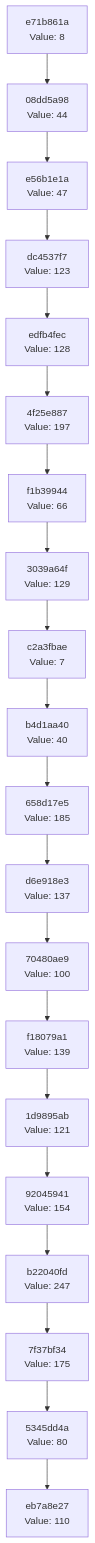
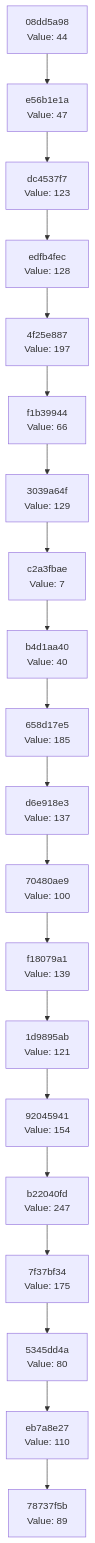
The diagram in docs/CHAIN_VISUALIZATION.md (Abhisheksinha1506/hash-chain-evolver), drawn with Mermaid before and after one commit. The commit also changed 2 other files, not shown here.

Commit message:
Evolution step: hash 0x59 → action executed

````diff
--- a/docs/CHAIN_VISUALIZATION.md
+++ b/docs/CHAIN_VISUALIZATION.md
@@ -3,42 +3,42 @@
 ```mermaid
 graph TD
-    C0["eb7a8e27<br/>Value: 110"]
-    C1["5345dd4a<br/>Value: 80"]
+    C0["78737f5b<br/>Value: 89"]
+    C1["eb7a8e27<br/>Value: 110"]
     C1 --> C0
-    C2["7f37bf34<br/>Value: 175"]
+    C2["5345dd4a<br/>Value: 80"]
     C2 --> C1
-    C3["b22040fd<br/>Value: 247"]
+    C3["7f37bf34<br/>Value: 175"]
     C3 --> C2
-    C4["92045941<br/>Value: 154"]
+    C4["b22040fd<br/>Value: 247"]
     C4 --> C3
-    C5["1d9895ab<br/>Value: 121"]
+    C5["92045941<br/>Value: 154"]
     C5 --> C4
-    C6["f18079a1<br/>Value: 139"]
+    C6["1d9895ab<br/>Value: 121"]
     C6 --> C5
-    C7["70480ae9<br/>Value: 100"]
+    C7["f18079a1<br/>Value: 139"]
     C7 --> C6
-    C8["d6e918e3<br/>Value: 137"]
+    C8["70480ae9<br/>Value: 100"]
     C8 --> C7
-    C9["658d17e5<br/>Value: 185"]
+    C9["d6e918e3<br/>Value: 137"]
     C9 --> C8
-    C10["b4d1aa40<br/>Value: 40"]
+    C10["658d17e5<br/>Value: 185"]
     C10 --> C9
-    C11["c2a3fbae<br/>Value: 7"]
+    C11["b4d1aa40<br/>Value: 40"]
     C11 --> C10
-    C12["3039a64f<br/>Value: 129"]
+    C12["c2a3fbae<br/>Value: 7"]
     C12 --> C11
-    C13["f1b39944<br/>Value: 66"]
+    C13["3039a64f<br/>Value: 129"]
     C13 --> C12
-    C14["4f25e887<br/>Value: 197"]
+    C14["f1b39944<br/>Value: 66"]
     C14 --> C13
-    C15["edfb4fec<br/>Value: 128"]
+    C15["4f25e887<br/>Value: 197"]
     C15 --> C14
-    C16["dc4537f7<br/>Value: 123"]
+    C16["edfb4fec<br/>Value: 128"]
     C16 --> C15
-    C17["e56b1e1a<br/>Value: 47"]
+    C17["dc4537f7<br/>Value: 123"]
     C17 --> C16
-    C18["08dd5a98<br/>Value: 44"]
+    C18["e56b1e1a<br/>Value: 47"]
     C18 --> C17
-    C19["e71b861a<br/>Value: 8"]
+    C19["08dd5a98<br/>Value: 44"]
     C19 --> C18
 ```
````
